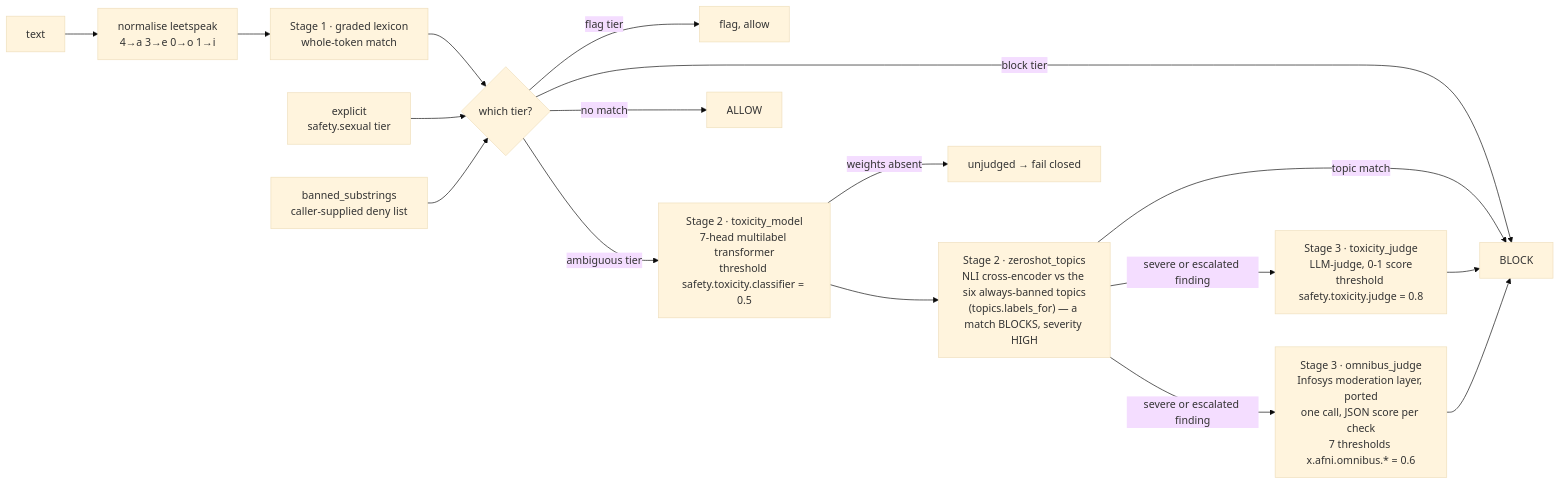
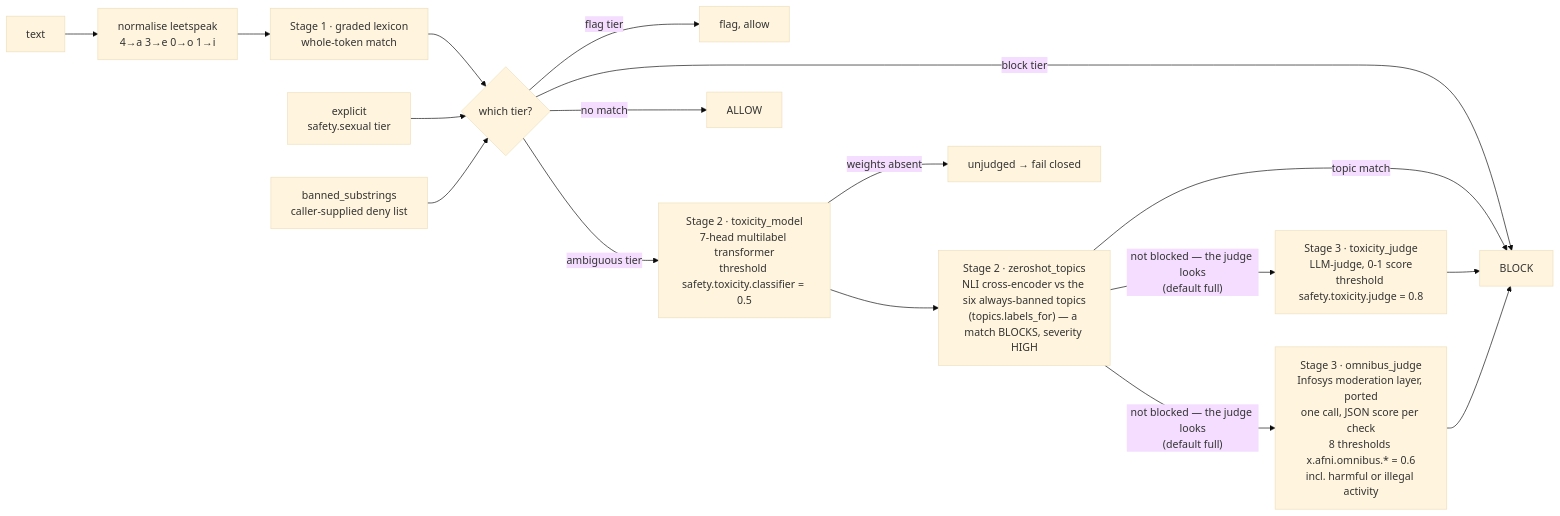
Before and after one commit to saimuthiki/RAI_AFNI: the sixth of 8 diagrams in README.md, drawn with Mermaid (base theme). The commit also changed other lines of this file and 22 other files, not shown here.

````diff
--- a/README.md
+++ b/README.md
@@ -620,21 +632,21 @@
 ```mermaid
 flowchart LR
     IN["text"] --> NORM["normalise leetspeak<br/>4→a  3→e  0→o  1→i"]
     NORM --> S1["Stage 1 · graded lexicon<br/>whole-token match"]
     S1 --> T{"which tier?"}
     T -->|"block tier"| BLOCK["BLOCK"]
     T -->|"flag tier"| FLAG["flag, allow"]
     T -->|"ambiguous tier"| S2
     T -->|"no match"| ALLOW["ALLOW"]
     EXPL["explicit<br/>safety.sexual tier"] --> T
     BAN["banned_substrings<br/>caller-supplied deny list"] --> T
 
     S2["Stage 2 · toxicity_model<br/>7-head multilabel transformer<br/>threshold safety.toxicity.classifier = 0.5"]
     S2 --> TOP["Stage 2 · zeroshot_topics<br/>NLI cross-encoder vs the six always-banned topics<br/>(topics.labels_for) — a match BLOCKS, severity HIGH"]
     TOP -->|"topic match"| BLOCK
-    TOP -->|"severe or escalated finding"| S3["Stage 3 · toxicity_judge<br/>LLM-judge, 0-1 score<br/>threshold safety.toxicity.judge = 0.8"]
+    TOP -->|"not blocked — the judge looks<br/>(default full)"| S3["Stage 3 · toxicity_judge<br/>LLM-judge, 0-1 score<br/>threshold safety.toxicity.judge = 0.8"]
     S3 --> BLOCK
-    TOP -->|"severe or escalated finding"| S3B["Stage 3 · omnibus_judge<br/>Infosys moderation layer, ported<br/>one call, JSON score per check<br/>7 thresholds x.afni.omnibus.* = 0.6"]
+    TOP -->|"not blocked — the judge looks<br/>(default full)"| S3B["Stage 3 · omnibus_judge<br/>Infosys moderation layer, ported<br/>one call, JSON score per check<br/>8 thresholds x.afni.omnibus.* = 0.6<br/>incl. harmful or illegal activity"]
     S3B --> BLOCK
     S2 -->|"weights absent"| UNJ["unjudged → fail closed"]
 ```
````
